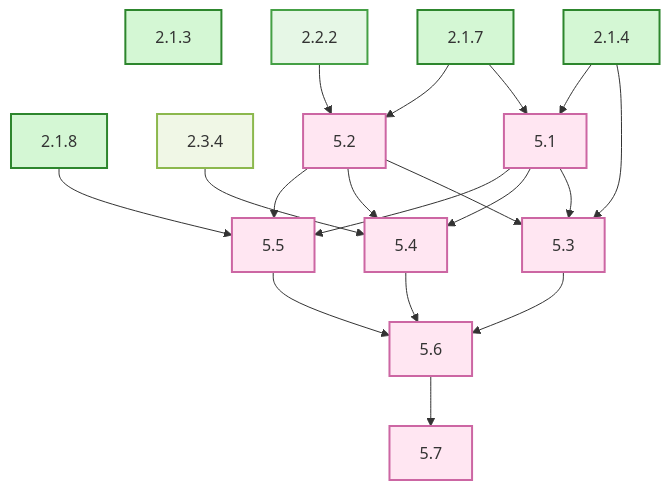
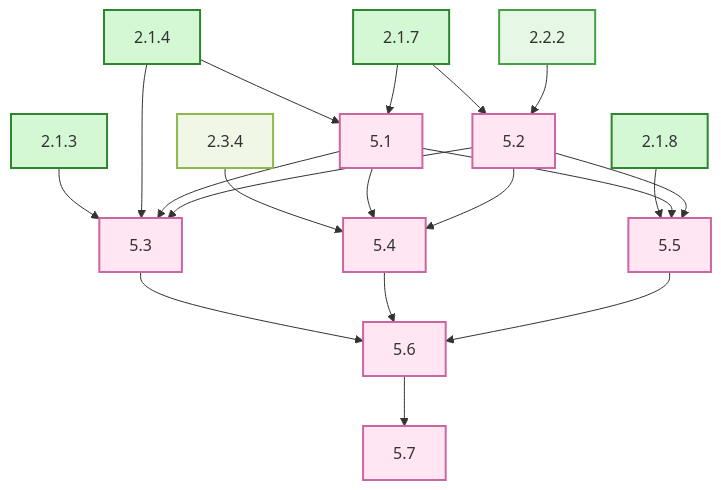
The eighth of 11 diagrams in docs/planning.md (Oldranda1414/SP2PFL-ProjectManagement), drawn with Mermaid before and after one commit.

Commit message:
minor dependency graph fix

````diff
--- a/docs/planning.md
+++ b/docs/planning.md
@@ -718,43 +718,44 @@
 ```mermaid
 graph TD
     %% Activities
     2.1.3:::core
     2.1.4:::core
     2.1.7:::core
     2.1.8:::core
     2.2.2:::model
     2.3.4:::security
     5.1:::ui
     5.2:::ui
     5.3:::ui
     5.4:::ui
     5.5:::ui
     5.6:::ui
     5.7:::ui
 
     %% Dependencies
+    2.1.3 --> 5.3
     2.1.4 --> 5.3
     2.1.4 --> 5.1
     2.1.7 --> 5.1
     2.1.7 --> 5.2
     2.1.8 --> 5.5
     2.2.2 --> 5.2
     2.3.4 --> 5.4
     5.1 --> 5.3
     5.1 --> 5.4
     5.1 --> 5.5
     5.2 --> 5.3
     5.2 --> 5.4
     5.2 --> 5.5
     5.3 --> 5.6
     5.4 --> 5.6
     5.5 --> 5.6
     5.6 --> 5.7
     
     %%% UI/UX Dependencies
 
     classDef core fill:#d4f7d4,stroke:#2d862d,stroke-width:2px
     classDef model fill:#e6f7e6,stroke:#45a045,stroke-width:2px
     classDef security fill:#f0f7e6,stroke:#8cb84d,stroke-width:2px
     classDef ui fill:#ffe6f2,stroke:#cc66a3,stroke-width:2px
 ```
````
